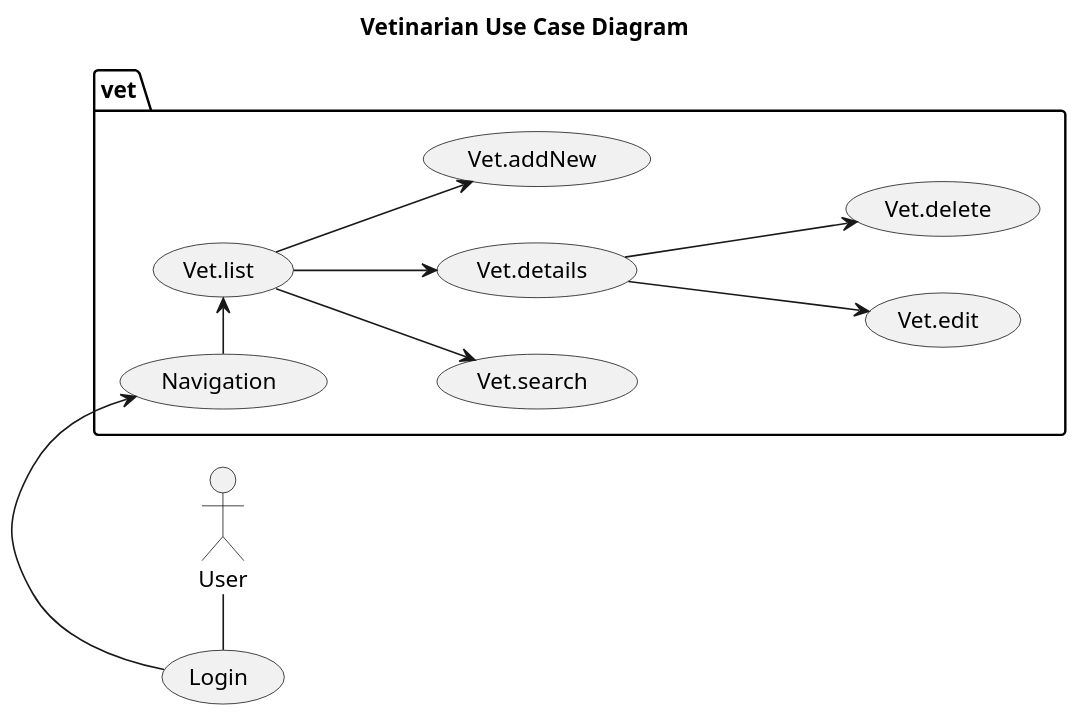
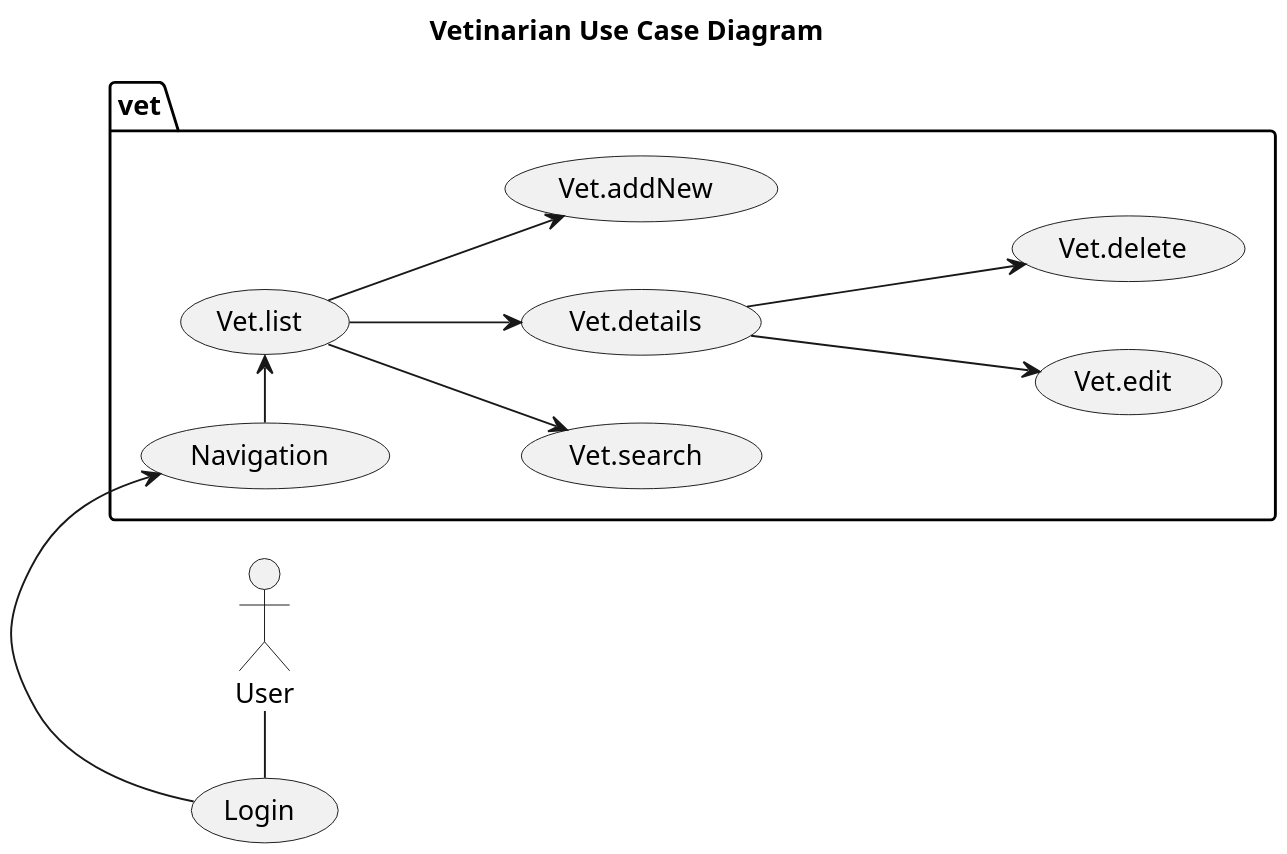
The diagram in etc/puml/vet/vet/Vet__UseCase.puml (Jakarta-EE-Petclinic/petclinic-uml), drawn with PlantUML before and after one commit. The commit also changed 22 other files, not shown here.

```diff
--- a/etc/puml/vet/vet/Vet__UseCase.puml
+++ b/etc/puml/vet/vet/Vet__UseCase.puml
@@ -1,22 +1,22 @@
 @startuml
 
 title Vetinarian Use Case Diagram
 
 'https://plantuml.com/use-case-diagram
 
 left to right direction
 'top to bottom direction
 
-scale 1000 width
+scale 1200 width
 
 User - (Login)
 package vet {
     (Login) -> (Navigation)
     (Navigation) -> (Vet.list)
     (Vet.list) --> (Vet.search)
     (Vet.list) --> (Vet.details)
     (Vet.list) --> (Vet.addNew)
     (Vet.details) ---> (Vet.edit)
     (Vet.details) ---> (Vet.delete)
 }
 @enduml
```
